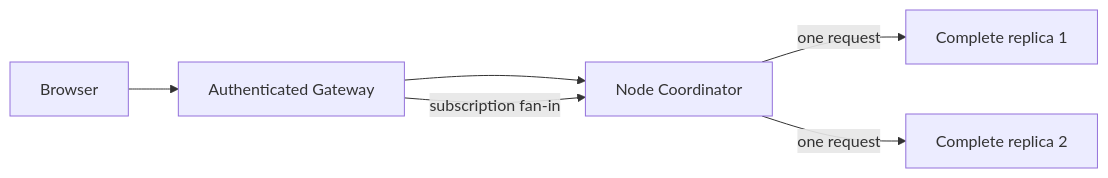
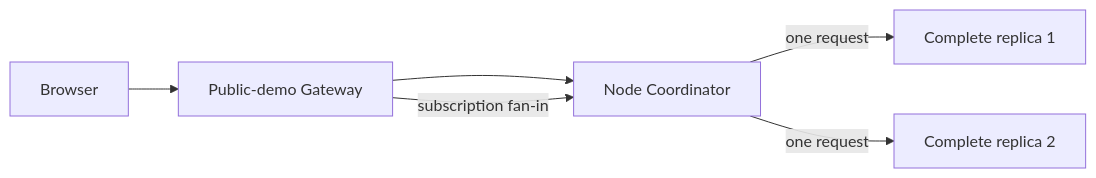
Before and after one commit to SpineEventEngine/spine-ts: the diagram in examples/message-board/deploy/README.md, drawn with Mermaid. The commit also changed other lines of this file and 1 other file, not shown here.

````diff
--- a/examples/message-board/deploy/README.md
+++ b/examples/message-board/deploy/README.md
@@ -8,8 +8,8 @@
 ```mermaid
 flowchart LR
-  Browser --> Gateway[Authenticated Gateway]
+  Browser --> Gateway[Public-demo Gateway]
   Gateway --> Coordinator[Node Coordinator]
   Coordinator -->|one request| AppOne[Complete replica 1]
   Coordinator -->|one request| AppTwo[Complete replica 2]
   Gateway -->|subscription fan-in| Coordinator
 ```
````
